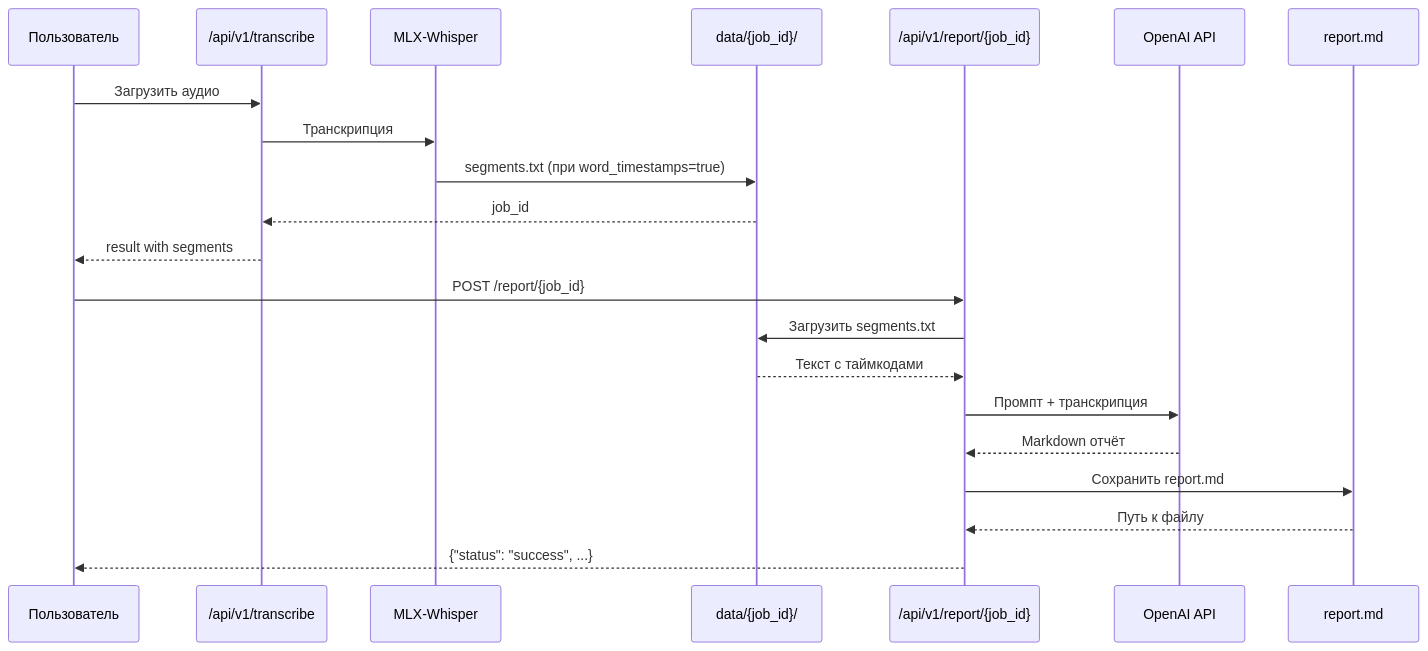
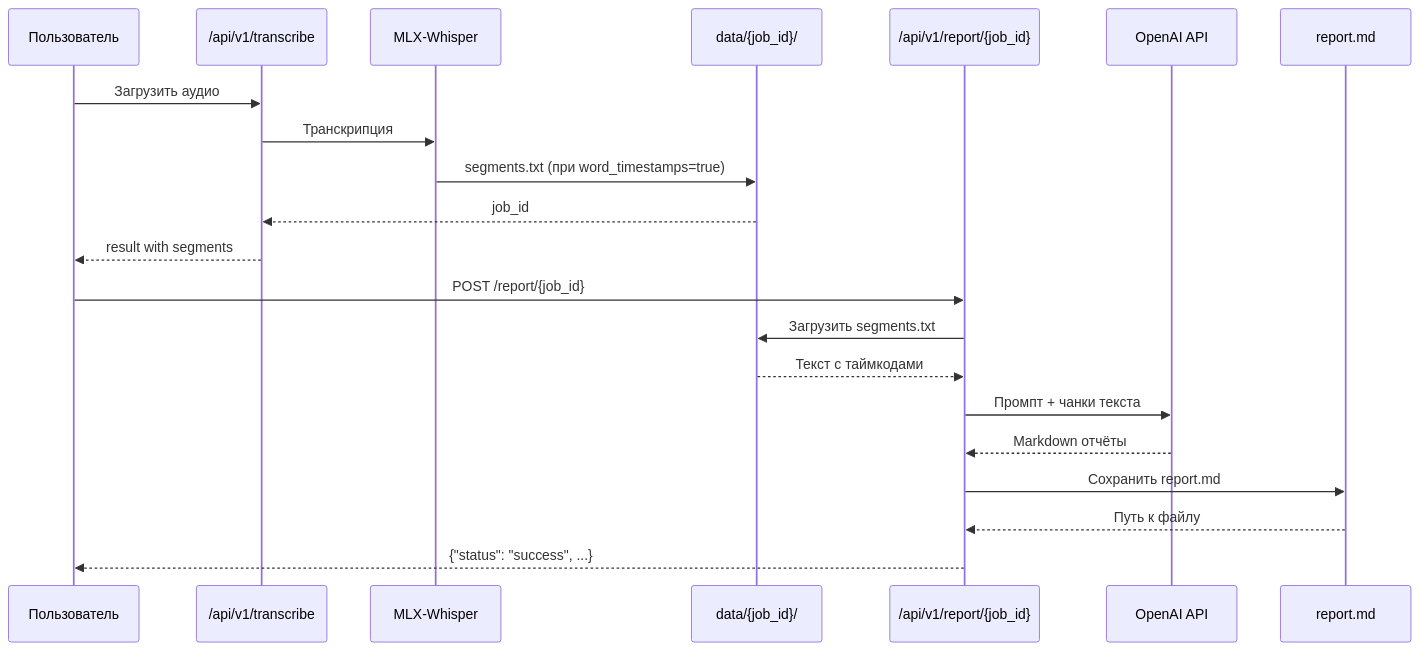
The diagram in docs/technical_specification.md (dvmironenko/mlx_whisper), drawn with Mermaid before and after one commit. The commit also changed other lines of this file and 3 other files, not shown here.

````diff
--- a/docs/technical_specification.md
+++ b/docs/technical_specification.md
@@ -303,25 +304,25 @@
 ```mermaid
 sequenceDiagram
     participant User as Пользователь
     participant API as /api/v1/transcribe
     participant Whisper as MLX-Whisper
     participant Store as data/{job_id}/
     participant ReportAPI as /api/v1/report/{job_id}
     participant LLM as OpenAI API
     participant ReportStore as report.md
 
     User->>API: Загрузить аудио
     API->>Whisper: Транскрипция
     Whisper->>Store: segments.txt (при word_timestamps=true)
     Store-->>API: job_id
     API-->>User: result with segments
 
     User->>ReportAPI: POST /report/{job_id}
     ReportAPI->>Store: Загрузить segments.txt
     Store-->>ReportAPI: Текст с таймкодами
-    ReportAPI->>LLM: Промпт + транскрипция
-    LLM-->>ReportAPI: Markdown отчёт
+    ReportAPI->>LLM: Промпт + чанки текста
+    LLM-->>ReportAPI: Markdown отчёты
     ReportAPI->>ReportStore: Сохранить report.md
     ReportStore-->>ReportAPI: Путь к файлу
     ReportAPI-->>User: {"status": "success", ...}
 ```
````
